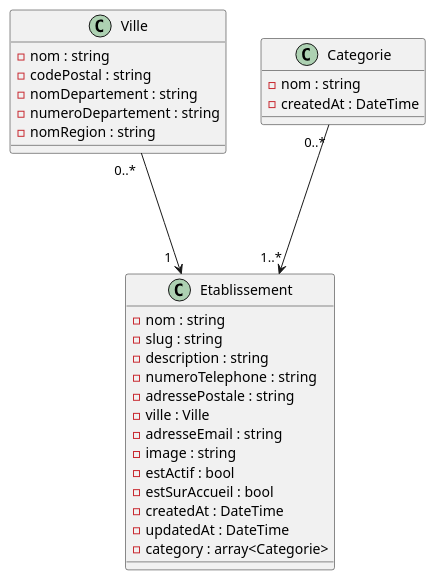
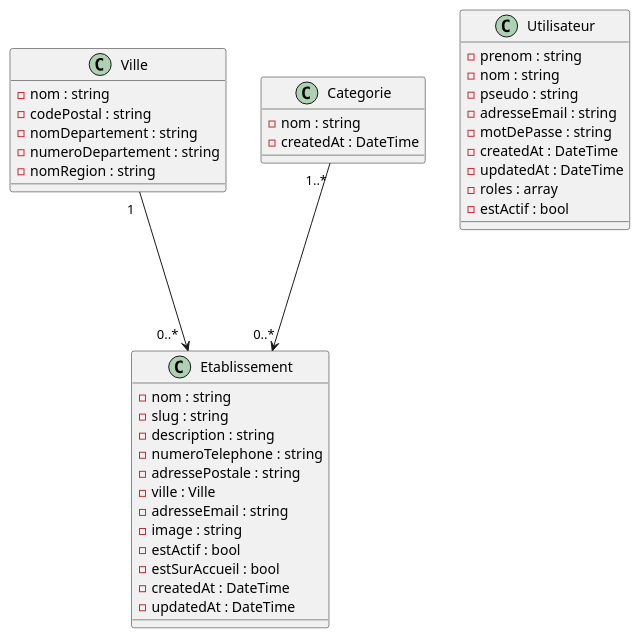
One commit to ThabussTeo/PROJET-BTS-SIO-FC-TOURISME changed the diagram in documentation/class.puml. Above: the diagram before and after it, drawn with PlantUML. The commit also changed 8 other files, not shown here.

```diff
--- a/documentation/class.puml
+++ b/documentation/class.puml
@@ -1,41 +1,54 @@
 @startuml
 'https://plantuml.com/class-diagram
 
 class Etablissement {
     - nom : string
     - slug : string
     - description : string
     - numeroTelephone : string
     - adressePostale : string
     - ville : Ville
     - adresseEmail : string
     - image : string
     - estActif : bool
     - estSurAccueil : bool
     - createdAt : DateTime
     - updatedAt : DateTime
-    - category : array<Categorie>
 }
 
 class Ville {
 
     - nom : string
     - codePostal : string
     - nomDepartement : string
     - numeroDepartement : string
     - nomRegion : string
 
 }
 
 class Categorie {
 
     - nom : string
     - createdAt : DateTime
 
 }
 
-Ville "0..*  " ---> "1  " Etablissement
-Categorie "0..*" ---> "1..*" Etablissement
+class Utilisateur {
+
+    - prenom : string
+    - nom : string
+    - pseudo : string
+    - adresseEmail : string
+    - motDePasse : string
+    - createdAt : DateTime
+    - updatedAt : DateTime
+    - roles : array
+    - estActif : bool
+
+}
+
+Ville "1  " ---> "0..*  " Etablissement
+Categorie "1..*" ---> "0..*" Etablissement
 
 
 @enduml
```
